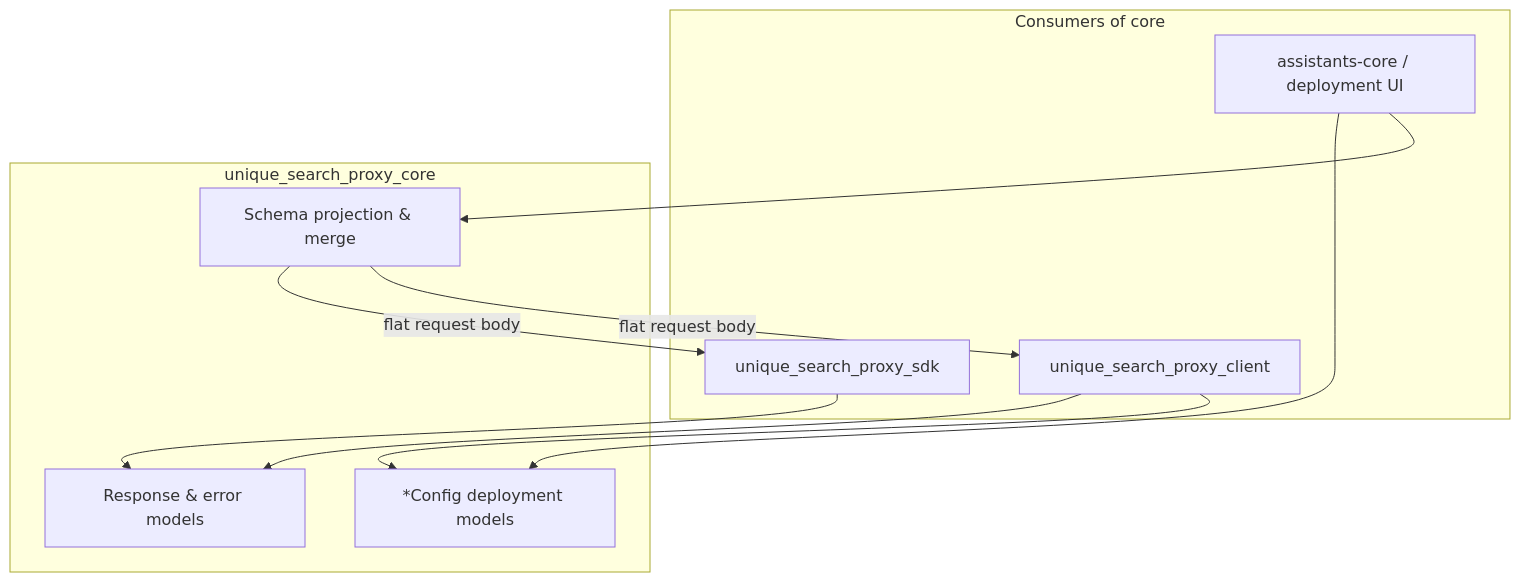
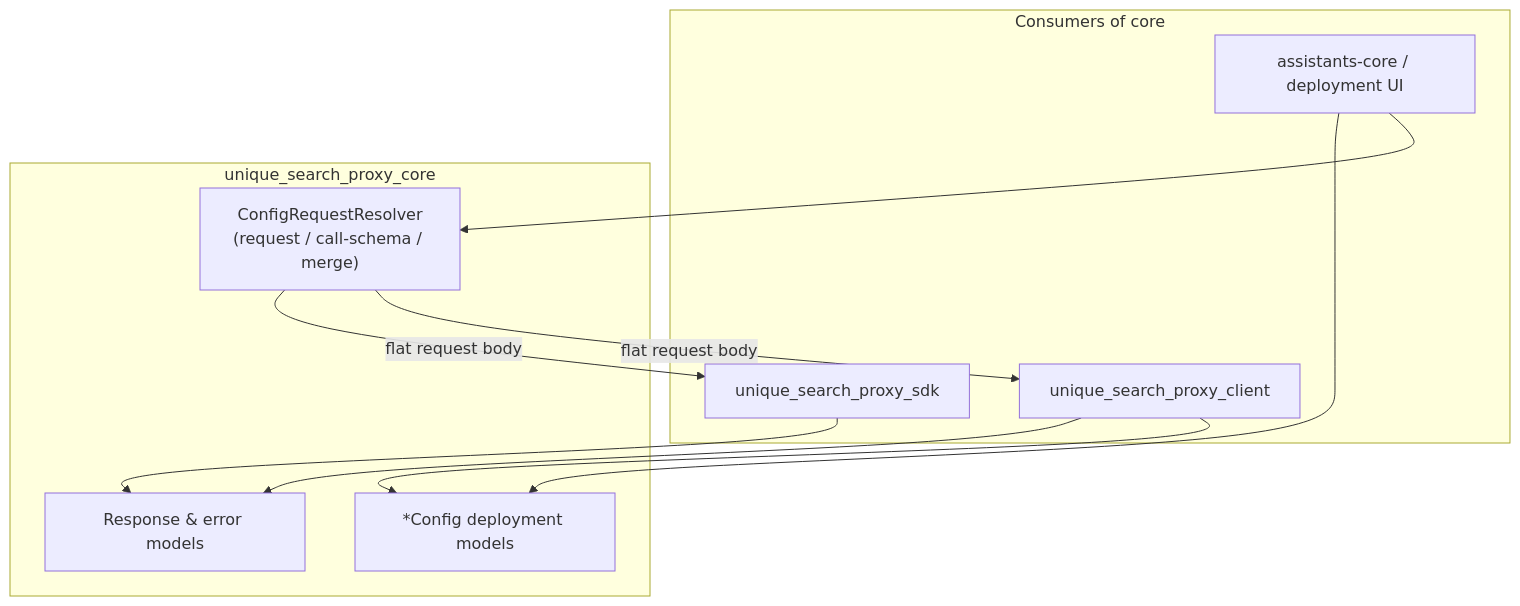
One commit to Unique-AG/ai changed the first of 3 diagrams in connectors/unique_search_proxy/unique_search_proxy_core/README.md. Above: the diagram before and after it, drawn with Mermaid. The commit also changed other lines of this file and 3 other files, not shown here.

First line of the commit message:
docs(search-proxy): document ConfigRequestResolver architecture

````diff
--- a/connectors/unique_search_proxy/unique_search_proxy_core/README.md
+++ b/connectors/unique_search_proxy/unique_search_proxy_core/README.md
@@ -25,22 +25,22 @@
 ```mermaid
 flowchart TB
     subgraph consumers["Consumers of core"]
         Client["unique_search_proxy_client"]
         SDK["unique_search_proxy_sdk"]
         AC["assistants-core / deployment UI"]
     end
 
     subgraph core["unique_search_proxy_core"]
         Contracts["Response & error models"]
         Config["*Config deployment models"]
-        Project["Schema projection & merge"]
+        Project["ConfigRequestResolver\n(request / call-schema / merge)"]
     end
 
     AC --> Config
     AC --> Project
     Client --> Contracts
     Client --> Config
     SDK --> Contracts
     Project -->|"flat request body"| SDK
     Project -->|"flat request body"| Client
 ```
````
